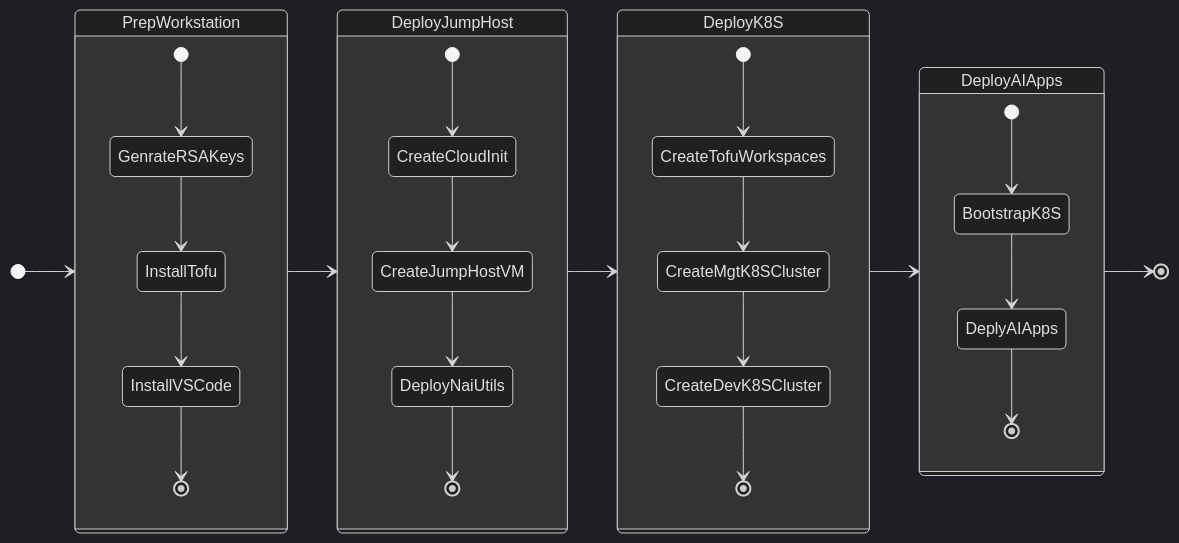
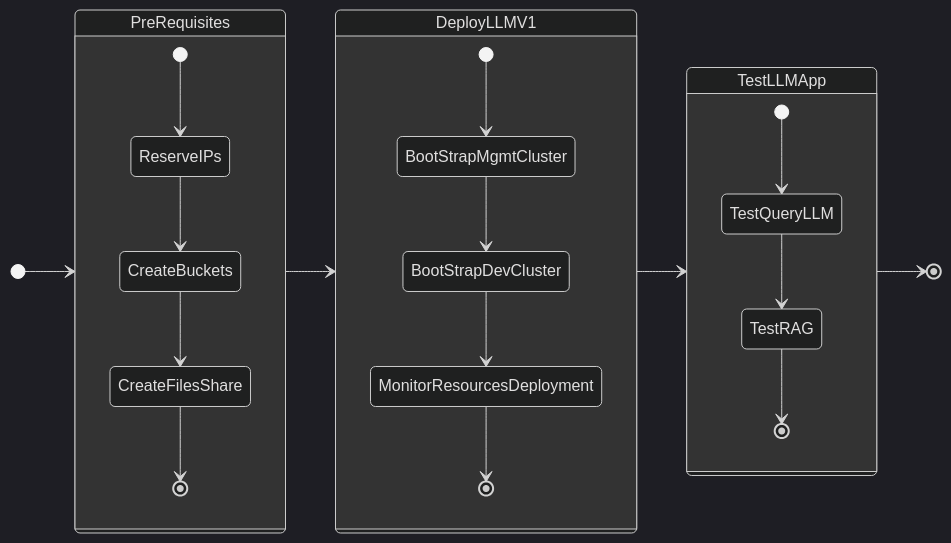
Before and after one commit to nutanix-japan/nai-llm: the diagram in docs/iep/index.md, drawn with Mermaid (dark theme). The commit also changed other lines of this file and 1 other file, not shown here.

Commit message:
add: md grid tables to ci.yaml

````diff
--- a/docs/iep/index.md
+++ b/docs/iep/index.md
@@ -11,34 +17,29 @@
 ```mermaid
 stateDiagram-v2
     direction LR
+
+    state PreRequisites {
+        [*] --> ReserveIPs
+        ReserveIPs --> CreateBuckets
+        CreateBuckets --> CreateFilesShare
+        CreateFilesShare --> [*]
+    }
     
-    state PrepWorkstation {
-        [*] --> GenrateRSAKeys
-        GenrateRSAKeys --> InstallTofu
-        InstallTofu --> InstallVSCode
-        InstallVSCode --> [*]
-    }
-    state DeployJumpHost {
-        [*] --> CreateCloudInit
-        CreateCloudInit --> CreateJumpHostVM
-        CreateJumpHostVM --> DeployNaiUtils
-        DeployNaiUtils --> [*]
-    }
-    state DeployK8S {
-        [*] --> CreateTofuWorkspaces
-        CreateTofuWorkspaces --> CreateMgtK8SCluster
-        CreateMgtK8SCluster --> CreateDevK8SCluster
-        CreateDevK8SCluster --> [*]
-    }
-    state DeployAIApps {
-        [*] --> BootstrapK8S
-        BootstrapK8S --> DeplyAIApps
-        DeplyAIApps --> [*]
+    state DeployLLMV1 {
+        [*] --> BootStrapMgmtCluster
+        BootStrapMgmtCluster -->  BootStrapDevCluster
+        BootStrapDevCluster --> MonitorResourcesDeployment
+        MonitorResourcesDeployment --> [*]
     }
 
-    [*] --> PrepWorkstation
-    PrepWorkstation --> DeployJumpHost
-    DeployJumpHost --> DeployK8S
-    DeployK8S --> DeployAIApps
-    DeployAIApps --> [*]
+    state TestLLMApp {
+        [*] --> TestQueryLLM
+        TestQueryLLM --> TestRAG
+        TestRAG -->  [*]
+    }
+
+    [*] --> PreRequisites
+    PreRequisites --> DeployLLMV1
+    DeployLLMV1 --> TestLLMApp
+    TestLLMApp --> [*]
 ```
````
